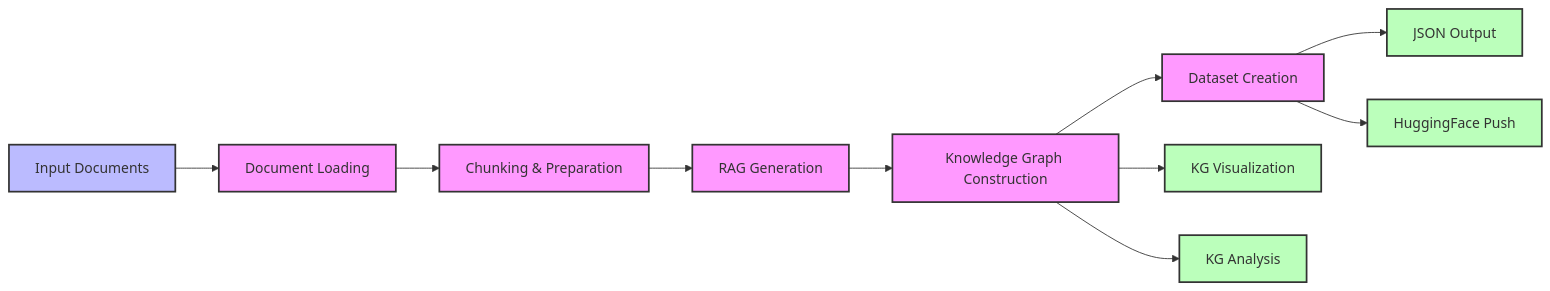
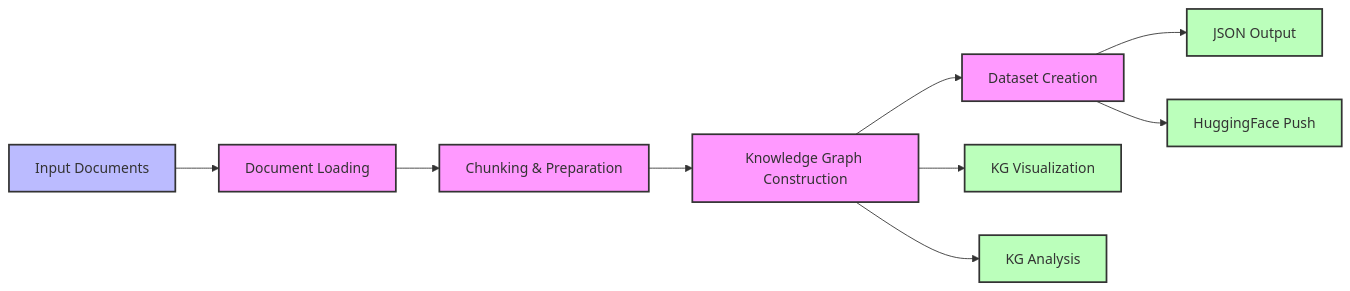
One commit to donbr/ragas-golden-dataset-pipeline changed the second of 3 diagrams in README.md. Above: the diagram before and after it, drawn with Mermaid.

Commit message:
update diagram in readme

````diff
--- a/README.md
+++ b/README.md
@@ -225,20 +225,19 @@
 ```mermaid
 flowchart LR
     A[Input Documents] --> B[Document Loading]
     B --> C[Chunking & Preparation]
-    C --> D[RAG Generation]
-    D --> E[Knowledge Graph Construction]
+    C --> E[Knowledge Graph Construction]
     E --> F[Dataset Creation]
     F --> G1[JSON Output]
     F --> G2[HuggingFace Push]
     E --> H1[KG Visualization]
     E --> H2[KG Analysis]
     
     classDef process fill:#f9f,stroke:#333,stroke-width:2px
     classDef data fill:#bbf,stroke:#333,stroke-width:2px
     classDef output fill:#bfb,stroke:#333,stroke-width:2px
     
     class B,C,D,E,F process
     class A,G1,G2,H1,H2 data
     class G1,G2,H1,H2 output
 ```
````
